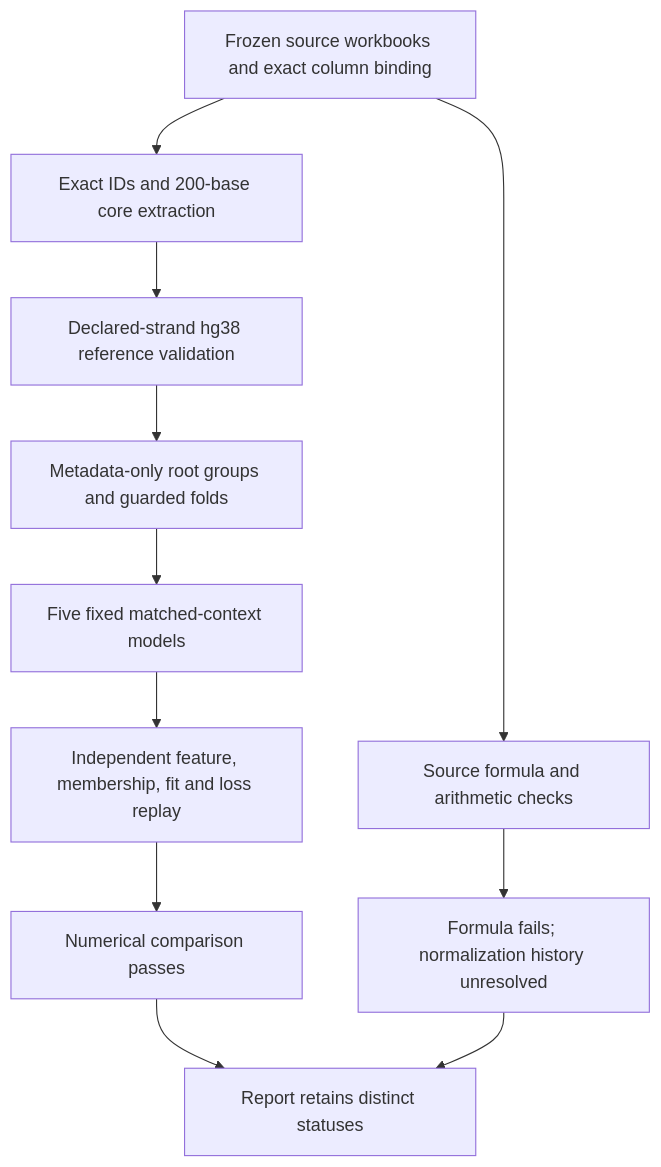
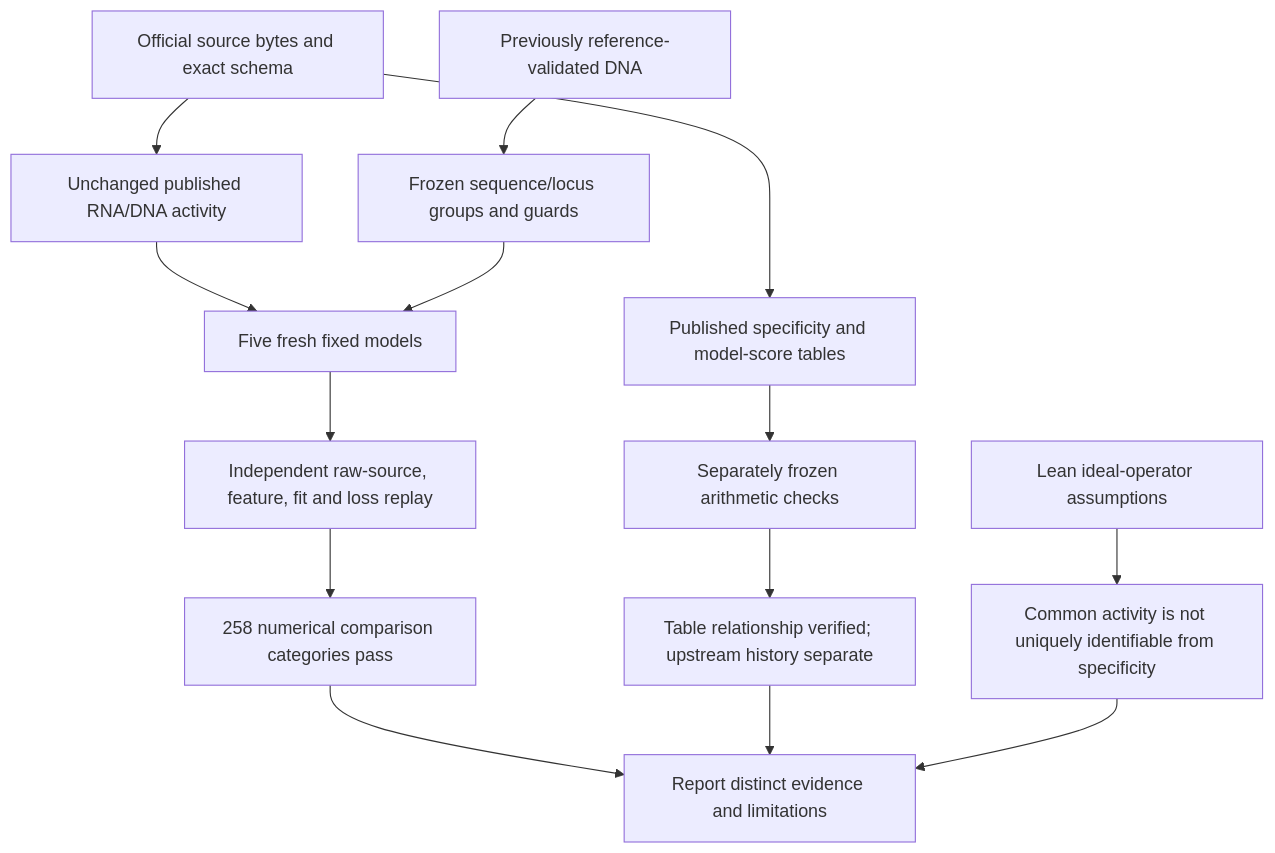
The first of 3 diagrams in docs/architecture.md (mingley/helix), drawn with Mermaid before and after one commit. The commit also changed other lines of this file and 338 other files, not shown here.

Commit message:
Recover official activity source and reproduce grouped activity predictions

````diff
--- a/docs/architecture.md
+++ b/docs/architecture.md
@@ -11,13 +10,16 @@
 ```mermaid
 flowchart TD
-    W[Frozen source workbooks and exact column binding] --> D[Exact IDs and 200-base core extraction]
-    D --> R[Declared-strand hg38 reference validation]
-    R --> G[Metadata-only root groups and guarded folds]
-    G --> M[Five fixed matched-context models]
-    M --> N[Independent feature, membership, fit and loss replay]
-    N --> P[Numerical comparison passes]
-    W --> S[Source formula and arithmetic checks]
-    S --> U[Formula fails; normalization history unresolved]
-    P --> O[Report retains distinct statuses]
+    W[Official source bytes and exact schema] --> A[Unchanged published RNA/DNA activity]
+    W --> E[Published specificity and model-score tables]
+    D[Previously reference-validated DNA] --> G[Frozen sequence/locus groups and guards]
+    A --> M[Five fresh fixed models]
+    G --> M
+    M --> N[Independent raw-source, feature, fit and loss replay]
+    N --> P[258 numerical comparison categories pass]
+    E --> S[Separately frozen arithmetic checks]
+    S --> U[Table relationship verified; upstream history separate]
+    F[Lean ideal-operator assumptions] --> L[Common activity is not uniquely identifiable from specificity]
+    P --> O[Report distinct evidence and limitations]
     U --> O
+    L --> O
 ```
````
